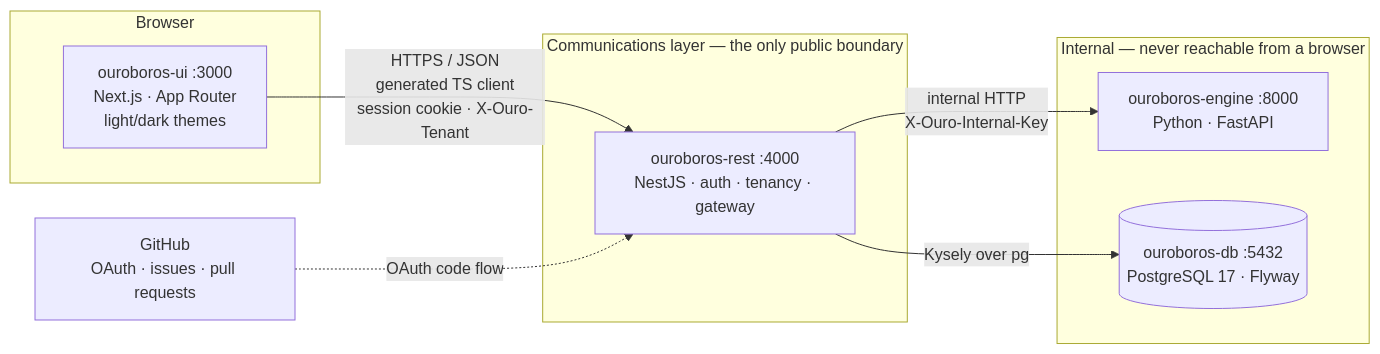
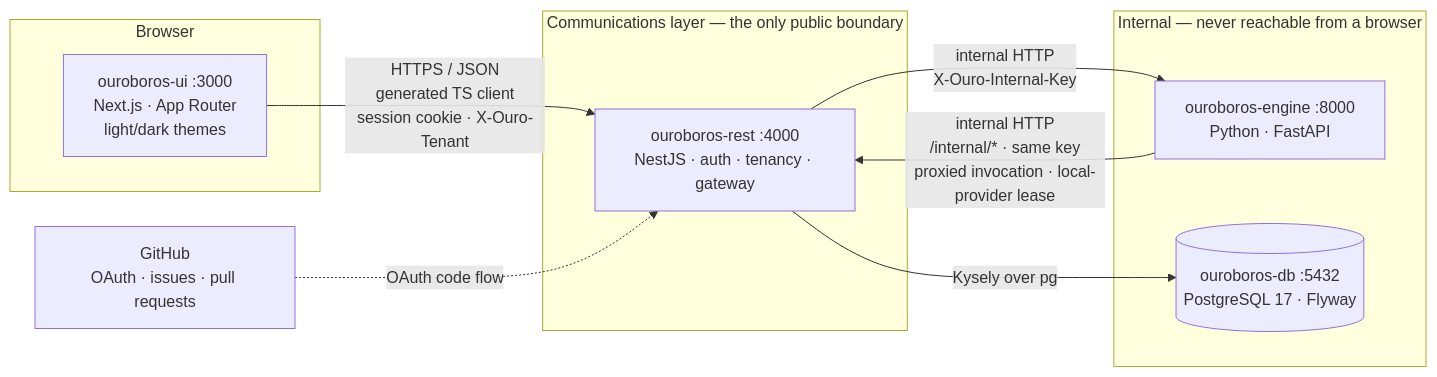
One commit to NobuData/ouroboros changed the first of 7 diagrams in docs/ARCHITECTURE.md. Above: the diagram before and after it, drawn with Mermaid. The commit also changed other lines of this file and 71 other files, not shown here.

````diff
--- a/docs/ARCHITECTURE.md
+++ b/docs/ARCHITECTURE.md
@@ -48,18 +48,19 @@
 ```mermaid
 flowchart LR
     subgraph browser["Browser"]
         UI["ouroboros-ui :3000<br/>Next.js · App Router<br/>light/dark themes"]
     end
     subgraph comms["Communications layer — the only public boundary"]
         REST["ouroboros-rest :4000<br/>NestJS · auth · tenancy · gateway"]
     end
     subgraph internal["Internal — never reachable from a browser"]
         ENGINE["ouroboros-engine :8000<br/>Python · FastAPI"]
         DB[("ouroboros-db :5432<br/>PostgreSQL 17 · Flyway")]
     end
 
     UI -- "HTTPS / JSON<br/>generated TS client<br/>session cookie · X-Ouro-Tenant" --> REST
     REST -- "internal HTTP<br/>X-Ouro-Internal-Key" --> ENGINE
+    ENGINE -- "internal HTTP<br/>/internal/* · same key<br/>proxied invocation · local-provider lease" --> REST
     REST -- "Kysely over pg" --> DB
     GH["GitHub<br/>OAuth · issues · pull requests"] -.->|"OAuth code flow"| REST
 ```
````
